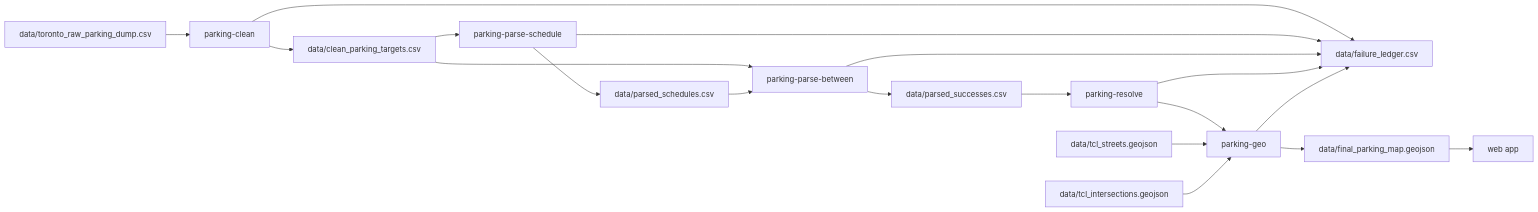
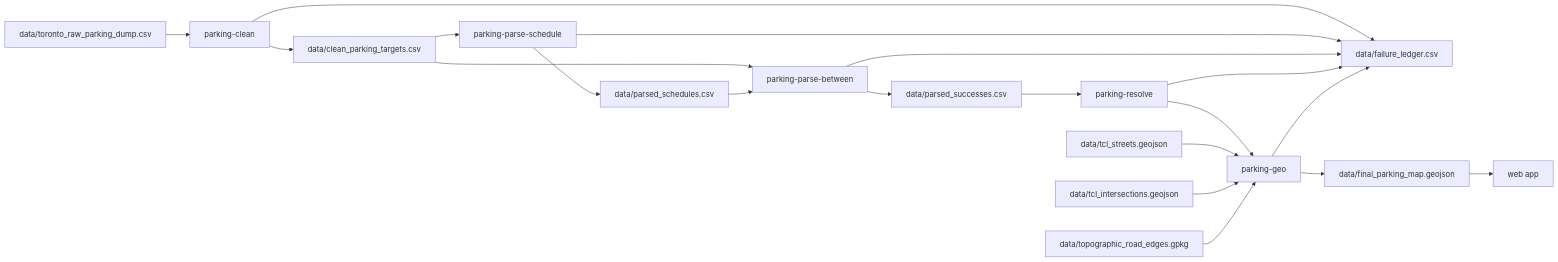
One commit to JoeHershkie/parkking-pipeline changed the diagram in pipeline/docs/README.md. Above: the diagram before and after it, drawn with Mermaid. The commit also changed other lines of this file and 33 other files, not shown here.

````diff
--- a/pipeline/docs/README.md
+++ b/pipeline/docs/README.md
@@ -20,34 +20,36 @@
 ```mermaid
 flowchart LR
   raw[data/toronto_raw_parking_dump.csv]
   clean[parking-clean]
   targets[data/clean_parking_targets.csv]
   parseSched[parking-parse-schedule]
   schedules[data/parsed_schedules.csv]
   parse[parking-parse-between]
   resolve[parking-resolve]
   success[data/parsed_successes.csv]
   ledger[data/failure_ledger.csv]
   geo[parking-geo]
   tclStreets[data/tcl_streets.geojson]
   tclX[data/tcl_intersections.geojson]
+  roadEdges[data/topographic_road_edges.gpkg]
   map[data/final_parking_map.geojson]
   webapp[web app]
 
   raw --> clean --> targets
   targets --> parseSched --> schedules
   targets --> parse
   schedules --> parse
   parse --> success
   success --> resolve
   resolve --> geo
   clean --> ledger
   parseSched --> ledger
   parse --> ledger
   resolve --> ledger
   tclStreets --> geo
   tclX --> geo
+  roadEdges --> geo
   geo --> ledger
   geo --> map
   map --> webapp
 ```
````
